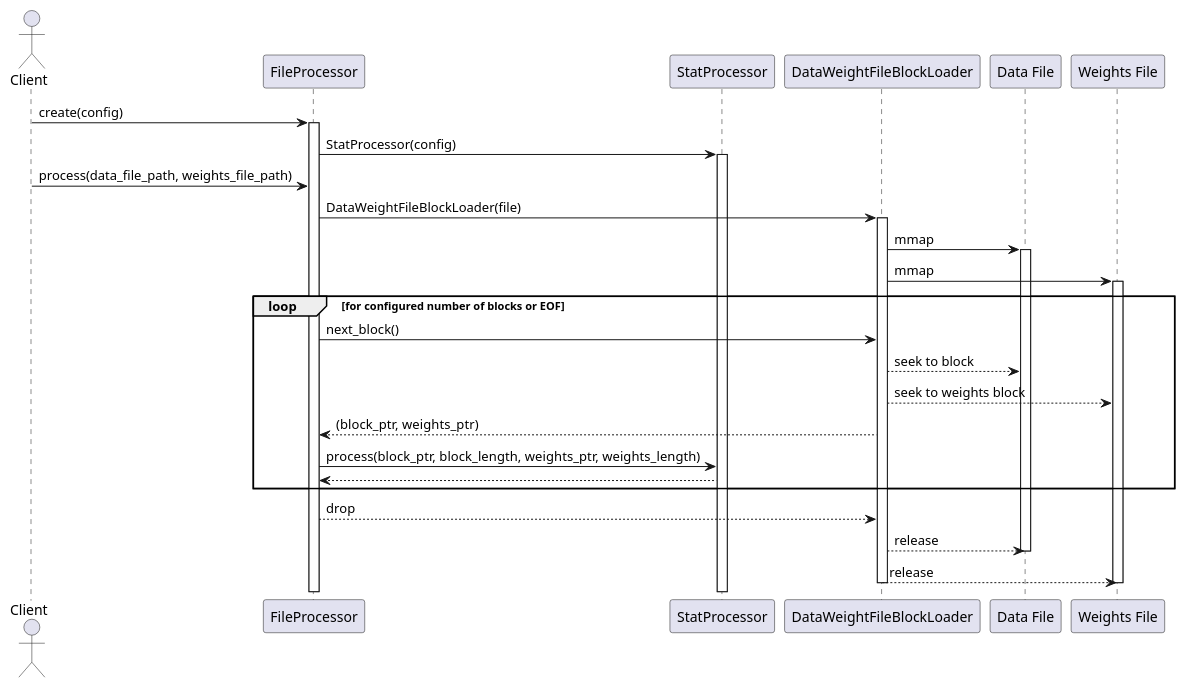
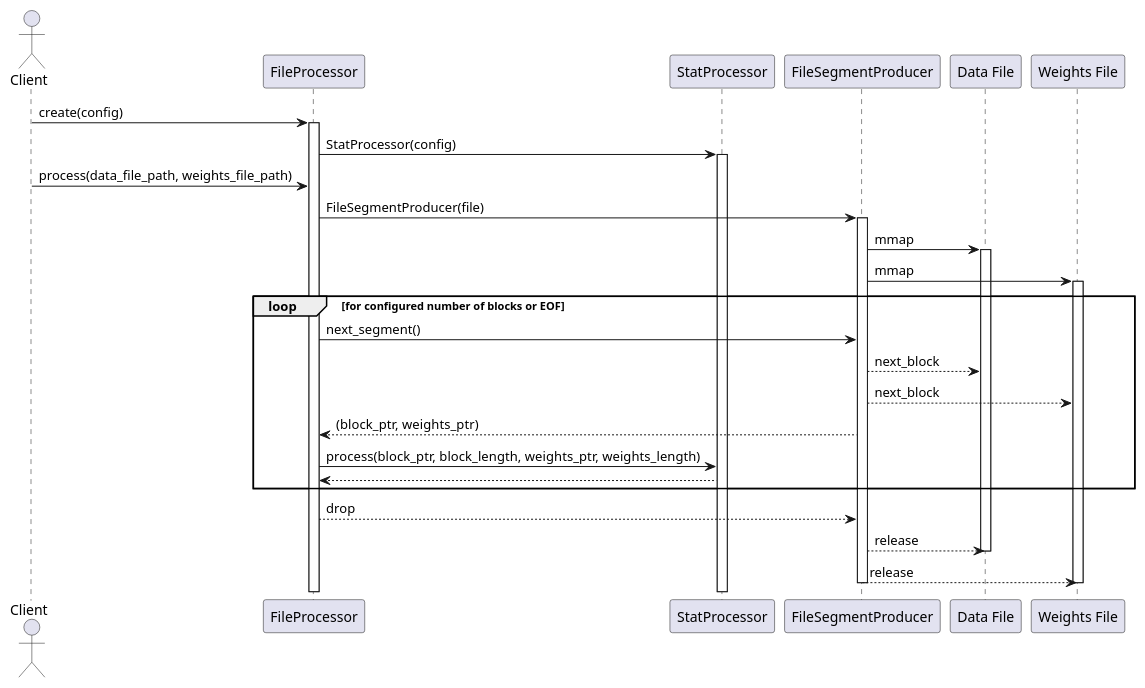
The diagram in docs/src/architecture/file_proc_seq.puml (ska-telescope/ska-pst-stat), drawn with PlantUML before and after one commit. The commit also changed 1 other file, not shown here.

Commit message:
AT3-517 DataWeightFileBlockLoader -> FileSegmentProducer in UML diagrams

```diff
--- a/docs/src/architecture/file_proc_seq.puml
+++ b/docs/src/architecture/file_proc_seq.puml
@@ -1,45 +1,45 @@
 @startuml PST STAT DADA file processor
 actor Client
 Client -> FileProcessor: create(config)
 activate FileProcessor
 FileProcessor -> StatProcessor: StatProcessor(config)
 activate StatProcessor
 Client -> FileProcessor: process(data_file_path, weights_file_path)
-FileProcessor -> DataWeightFileBlockLoader: DataWeightFileBlockLoader(file)
-activate DataWeightFileBlockLoader
-DataWeightFileBlockLoader -> "Data File": mmap
+FileProcessor -> FileSegmentProducer: FileSegmentProducer(file)
+activate FileSegmentProducer
+FileSegmentProducer -> "Data File": mmap
 activate "Data File"
-DataWeightFileBlockLoader -> "Weights File": mmap
+FileSegmentProducer -> "Weights File": mmap
 activate "Weights File"
 
 loop for configured number of blocks or EOF
-  FileProcessor -> DataWeightFileBlockLoader: next_block()
-  DataWeightFileBlockLoader --> "Data File": seek to block
-  DataWeightFileBlockLoader --> "Weights File": seek to weights block
-  FileProcessor <-- DataWeightFileBlockLoader: (block_ptr, weights_ptr)
+  FileProcessor -> FileSegmentProducer: next_segment()
+  FileSegmentProducer --> "Data File": next_block
+  FileSegmentProducer --> "Weights File": next_block
+  FileProcessor <-- FileSegmentProducer: (block_ptr, weights_ptr)
   FileProcessor -> StatProcessor: process(block_ptr, block_length, weights_ptr, weights_length)
   FileProcessor <-- StatProcessor
 end
 
-FileProcessor --> DataWeightFileBlockLoader: drop
-DataWeightFileBlockLoader --> "Data File": release
+FileProcessor --> FileSegmentProducer: drop
+FileSegmentProducer --> "Data File": release
 deactivate "Data File"
-DataWeightFileBlockLoader --> "Weights File": release
+FileSegmentProducer --> "Weights File": release
 deactivate "Weights File"
-deactivate DataWeightFileBlockLoader
+deactivate FileSegmentProducer
 
-' FileProcessor -> DataWeightFileBlockLoader: create
-' activate DataWeightFileBlockLoader
-' DataWeightFileBlockLoader -> File: mmap
+' FileProcessor -> FileSegmentProducer: create
+' activate FileSegmentProducer
+' FileSegmentProducer -> File: mmap
 ' activate File
 ' loop while data present
-'   FileProcessor -> DataWeightFileBlockLoader: read next
-'   FileProcessor <-- DataWeightFileBlockLoader: return next block ptr or null
+'   FileProcessor -> FileSegmentProducer: read next
+'   FileProcessor <-- FileSegmentProducer: return next block ptr or null
 '   alt data present
 '     FileProcessor -> StatProcessor: process(block_ptr, block_length)
 '   else no data preset
 '     Client <-- FileProcessor: process complete
 '   end
 ' end
 
 @enduml
```
